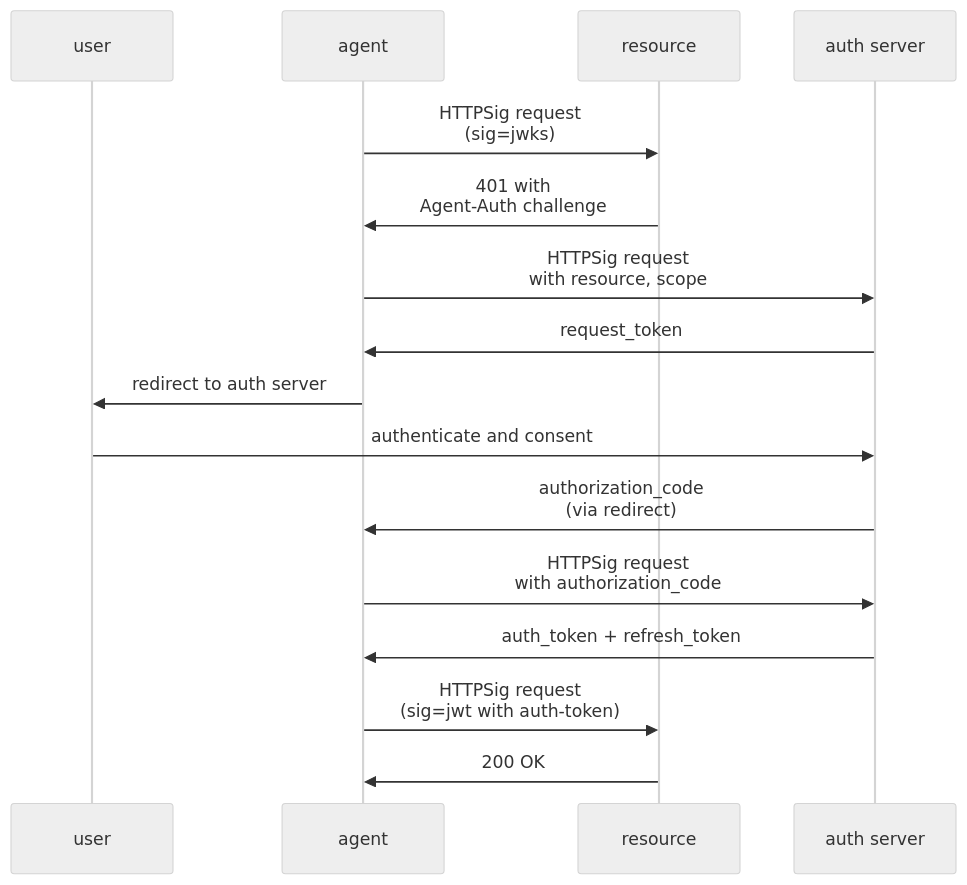
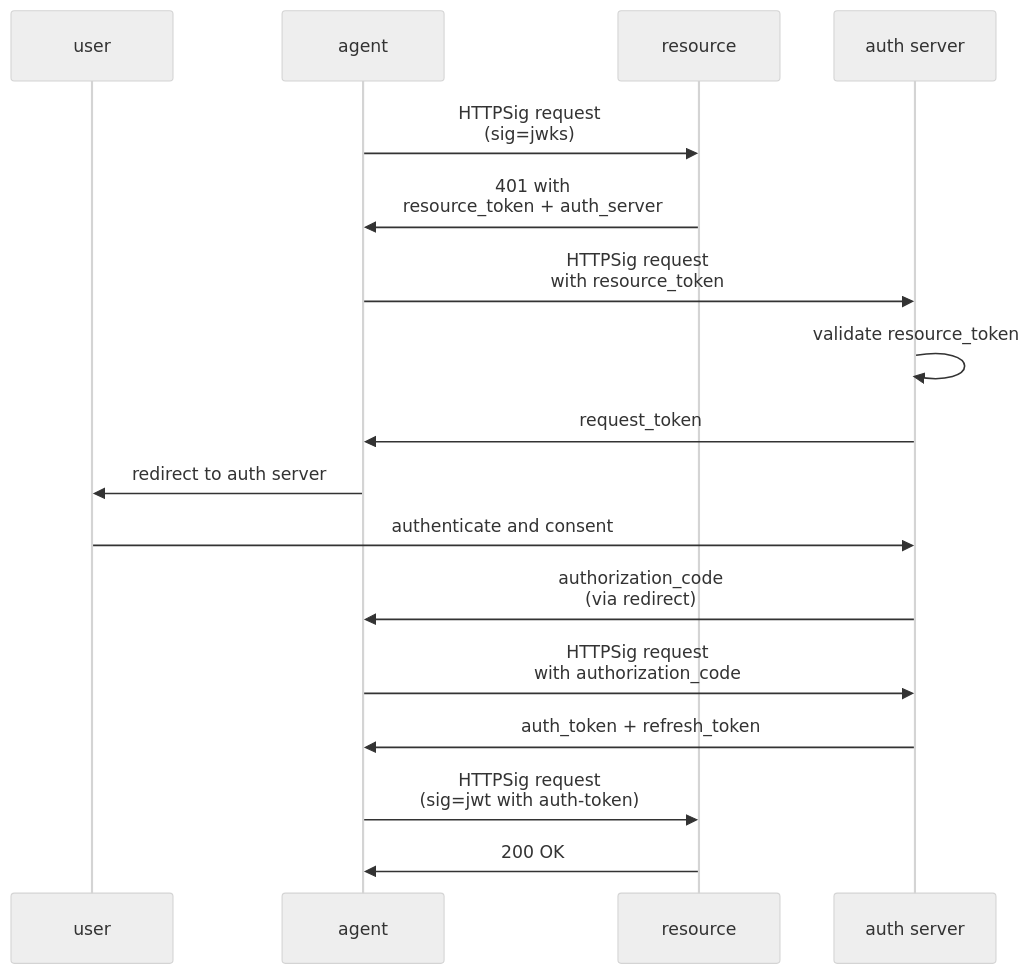
The sixth of 10 diagrams in README.md (dickhardt/agent-auth), drawn with Mermaid (neutral theme) before and after one commit. The commit also changed other lines of this file, not shown here.

First line of the commit message:
Add resource identity as first-class protocol feature

````diff
--- a/README.md
+++ b/README.md
@@ -251,23 +282,24 @@
 ```mermaid
 sequenceDiagram
     participant User as user
     participant Agent as agent
     participant Resource as resource
     participant Auth as auth server
 
     Agent->>Resource: HTTPSig request<br/>(sig=jwks)
-    Resource->>Agent: 401 with<br/>Agent-Auth challenge
+    Resource->>Agent: 401 with<br/>resource_token + auth_server
 
-    Agent->>Auth: HTTPSig request<br/>with resource, scope
+    Agent->>Auth: HTTPSig request<br/>with resource_token
+    Auth->>Auth: validate resource_token
     Auth->>Agent: request_token
 
     Agent->>User: redirect to auth server
     User->>Auth: authenticate and consent
     Auth->>Agent: authorization_code<br/>(via redirect)
 
     Agent->>Auth: HTTPSig request<br/>with authorization_code
     Auth->>Agent: auth_token + refresh_token
 
     Agent->>Resource: HTTPSig request<br/>(sig=jwt with auth-token)
     Resource->>Agent: 200 OK
 ```
````
